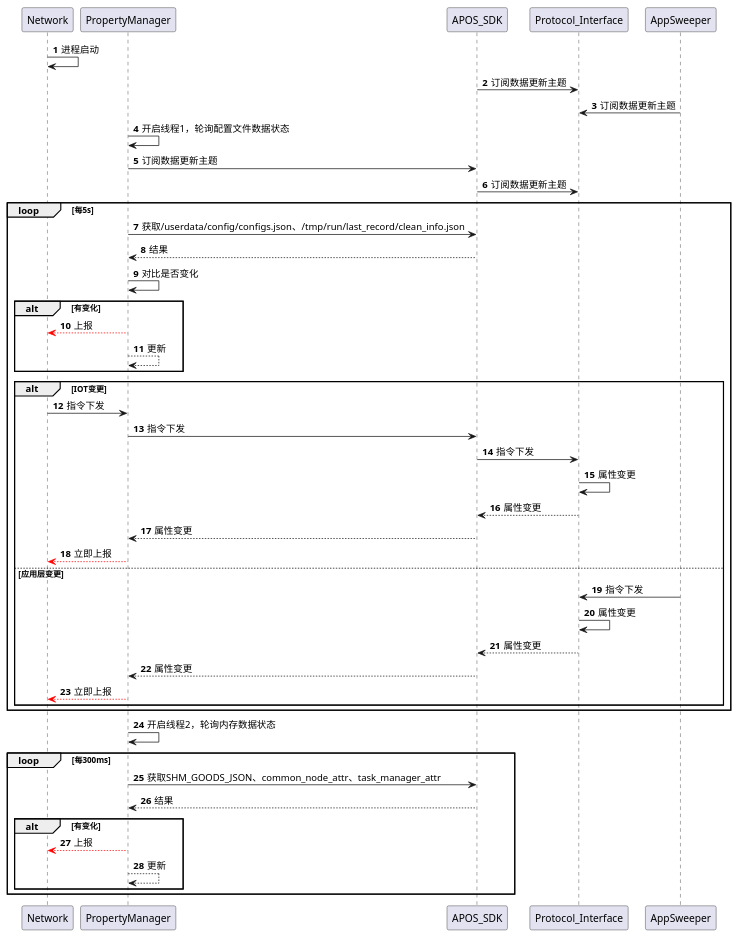
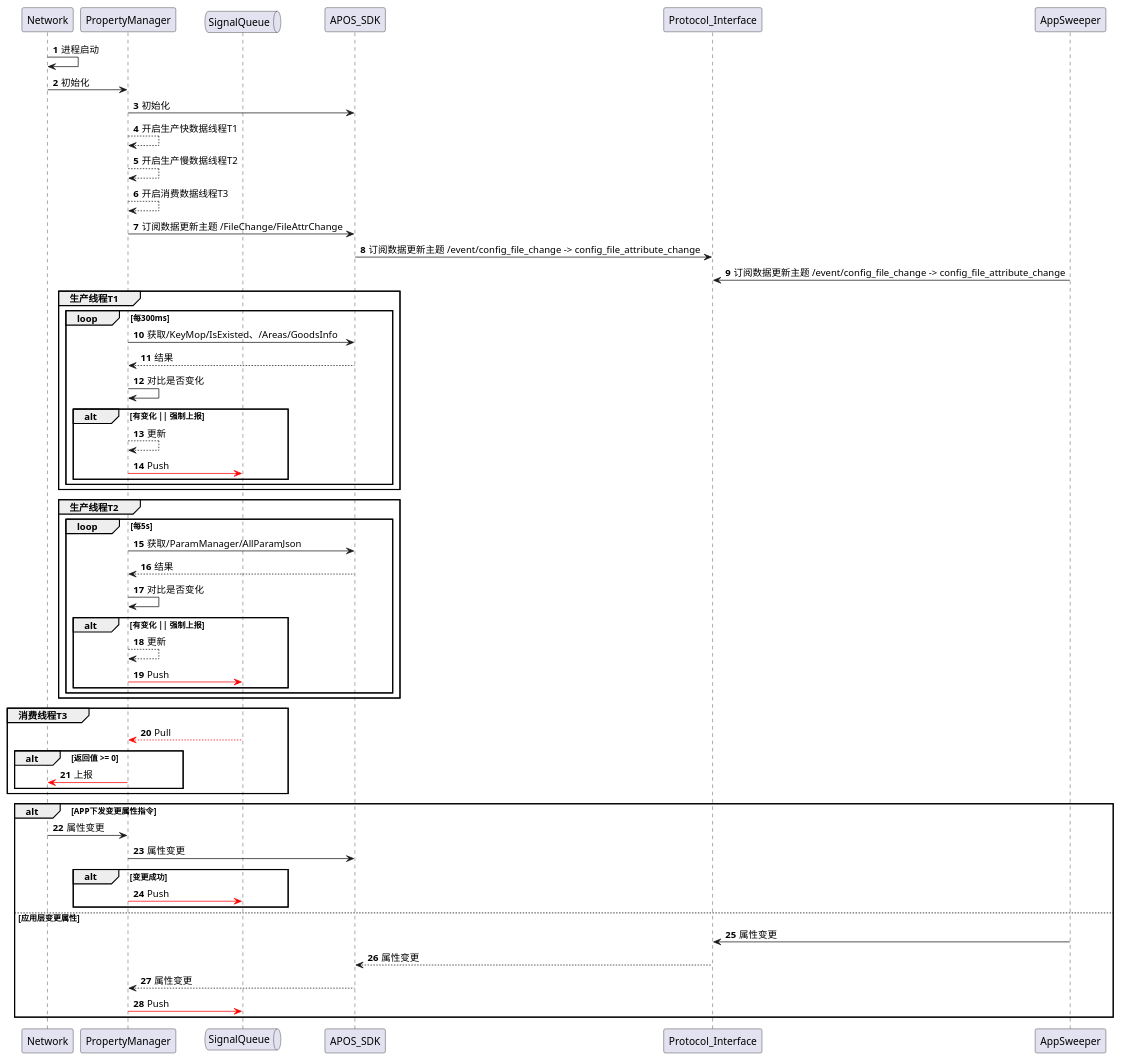
Before and after one commit to Grapeskin/python-learn: the diagram in python/autopack/iot_sdk.puml, drawn with PlantUML. The commit also changed 2 other files, not shown here.

Commit message:
feat: 多地图设计v2、时区同步设计

```diff
--- a/python/autopack/iot_sdk.puml
+++ b/python/autopack/iot_sdk.puml
@@ -1,65 +1,81 @@
 @startuml
 
 'abstract class AposSdkProtocol {
 '    StatusCode AposSdkRead(int32_t handle, BinPack *in_data, BinPack *out_data, int32_t timeout);
 '    StatusCode AposSdkWrite(int32_t handle, BinPack *out_data, int32_t timeout);
 '    StatusCode AposSdkSendEvent(int32_t handle, const char *event_id, BinPack *in_data);
 '    StatusCode AposSdkSetEventSubscribe(int32_t handle, AposSdkEventCallback callback, const char **event_ids, uint32_t event_size);
 '    StatusCode AposSdkService(int32_t handle, const char *event_id, BinPack *in_data, BinPack *out_data, int32_t timeout);
 '}
 '
 'note top of AposSdkProtocol:  typedef void (*AposSdkEventCallback)(int32_t handle, const char *event_id, int32_t msg_id, BinPack *in_msg);
 '
 'abstract class BaseAposIotSdk {
 '    AposSdkProtocol apos_sdk;
 '}
 
 participant Network
 participant PropertyManager
+queue SignalQueue
 participant APOS_SDK
 participant Protocol_Interface
 participant AppSweeper
 
 autonumber
 Network -> Network: 进程启动
-APOS_SDK -> Protocol_Interface: 订阅数据更新主题
-AppSweeper -> Protocol_Interface: 订阅数据更新主题
+Network -> PropertyManager: 初始化
+PropertyManager -> APOS_SDK: 初始化
+PropertyManager --> PropertyManager: 开启生产快数据线程T1
+PropertyManager --> PropertyManager: 开启生产慢数据线程T2
+PropertyManager --> PropertyManager: 开启消费数据线程T3
+PropertyManager -> APOS_SDK: 订阅数据更新主题 /FileChange/FileAttrChange
+APOS_SDK -> Protocol_Interface: 订阅数据更新主题 /event/config_file_change -> config_file_attribute_change
+AppSweeper -> Protocol_Interface: 订阅数据更新主题 /event/config_file_change -> config_file_attribute_change
 
-PropertyManager -> PropertyManager: 开启线程1，轮询配置文件数据状态
-PropertyManager -> APOS_SDK: 订阅数据更新主题
-APOS_SDK -> Protocol_Interface: 订阅数据更新主题
-    loop 每5s
-        PropertyManager -> APOS_SDK: 获取/userdata/config/configs.json、/tmp/run/last_record/clean_info.json
+'PropertyManager -> PropertyManager: 开启线程1，轮询配置文件数据状态
+'PropertyManager -> APOS_SDK: 订阅数据更新主题
+'APOS_SDK -> Protocol_Interface: 订阅数据更新主题
+
+group 生产线程T1
+    loop 每300ms
+        PropertyManager -> APOS_SDK: 获取/KeyMop/IsExisted、/Areas/GoodsInfo
         PropertyManager <-- APOS_SDK: 结果
         PropertyManager -> PropertyManager: 对比是否变化
-        alt 有变化
-            PropertyManager -[#red]-> Network: 上报
+        alt 有变化 || 强制上报
             PropertyManager --> PropertyManager: 更新
-        end
-
-        alt IOT变更
-            Network -> PropertyManager: 指令下发
-            PropertyManager -> APOS_SDK: 指令下发
-            APOS_SDK -> Protocol_Interface: 指令下发
-            Protocol_Interface -> Protocol_Interface: 属性变更
-            Protocol_Interface --> APOS_SDK: 属性变更
-            APOS_SDK --> PropertyManager: 属性变更
-            PropertyManager -[#red]-> Network: 立即上报
-        else 应用层变更
-            AppSweeper -> Protocol_Interface: 指令下发
-            Protocol_Interface -> Protocol_Interface: 属性变更
-            Protocol_Interface --> APOS_SDK: 属性变更
-            APOS_SDK --> PropertyManager: 属性变更
-            PropertyManager -[#red]-> Network: 立即上报
+            PropertyManager [#red]-> SignalQueue: Push
         end
     end
-PropertyManager -> PropertyManager: 开启线程2，轮询内存数据状态
-    loop 每300ms
-        PropertyManager -> APOS_SDK: 获取SHM_GOODS_JSON、common_node_attr、task_manager_attr
+end
+group 生产线程T2
+    loop 每5s
+        PropertyManager -> APOS_SDK: 获取/ParamManager/AllParamJson
         PropertyManager <-- APOS_SDK: 结果
-        alt 有变化
-            PropertyManager -[#red]-> Network: 上报
+        PropertyManager -> PropertyManager: 对比是否变化
+        alt 有变化 || 强制上报
             PropertyManager --> PropertyManager: 更新
+            PropertyManager [#red]-> SignalQueue: Push
         end
     end
+end
+group 消费线程T3
+    PropertyManager <[#red]-- SignalQueue: Pull
+    alt 返回值 >= 0
+        PropertyManager [#red]-> Network: 上报
+    end
+end
+
+alt APP下发变更属性指令
+    Network -> PropertyManager: 属性变更
+    PropertyManager -> APOS_SDK: 属性变更
+    alt 变更成功
+        PropertyManager [#red]-> SignalQueue: Push
+    end
+else 应用层变更属性
+    AppSweeper -> Protocol_Interface: 属性变更
+    Protocol_Interface --> APOS_SDK: 属性变更
+    APOS_SDK --> PropertyManager: 属性变更
+    PropertyManager [#red]-> SignalQueue: Push
+end
+
 @enduml
```
